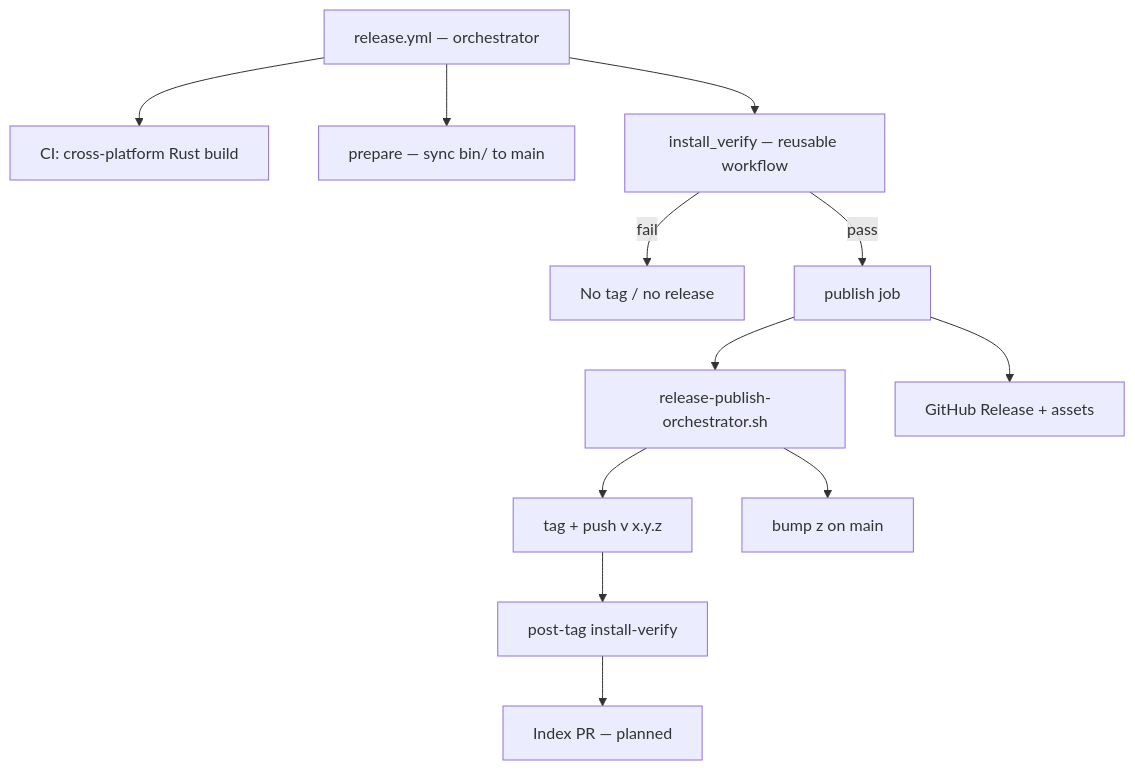
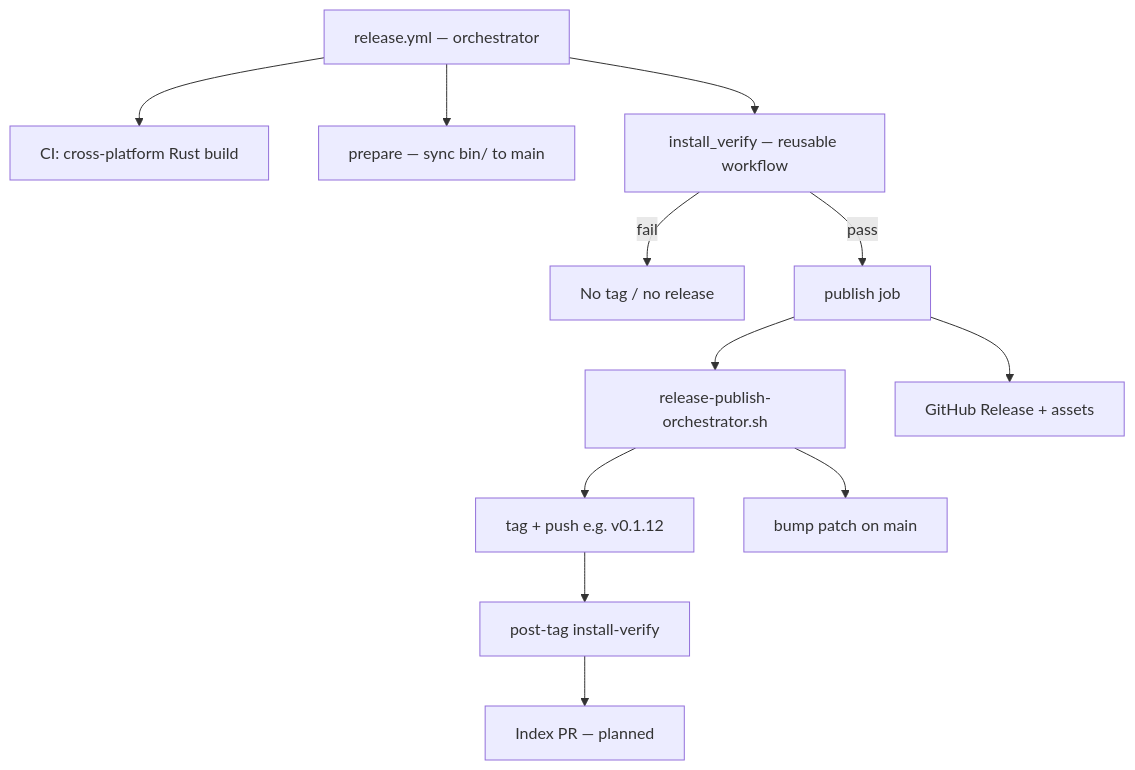
One commit to CREATeNG/freecad-mcp-bridge changed the first of 2 diagrams in MAINTAINING.md. Above: the diagram before and after it, drawn with Mermaid. The commit also changed other lines of this file, not shown here.

````diff
--- a/MAINTAINING.md
+++ b/MAINTAINING.md
@@ -67,15 +71,15 @@
 ```mermaid
 flowchart TD
   R[release.yml — orchestrator]
   R --> build[CI: cross-platform Rust build]
   R --> prep[prepare — sync bin/ to main]
   R --> verify[install_verify — reusable workflow]
   verify -->|fail| stop[No tag / no release]
   verify -->|pass| pub[publish job]
   pub --> orch[release-publish-orchestrator.sh]
-  orch --> tag[tag + push v x.y.z]
-  orch --> zbump[bump z on main]
+  orch --> tag[tag + push e.g. v0.1.12]
+  orch --> zbump[bump patch on main]
   pub --> gh[GitHub Release + assets]
   tag --> postverify[post-tag install-verify]
   postverify --> index[Index PR — planned]
 ```
````
